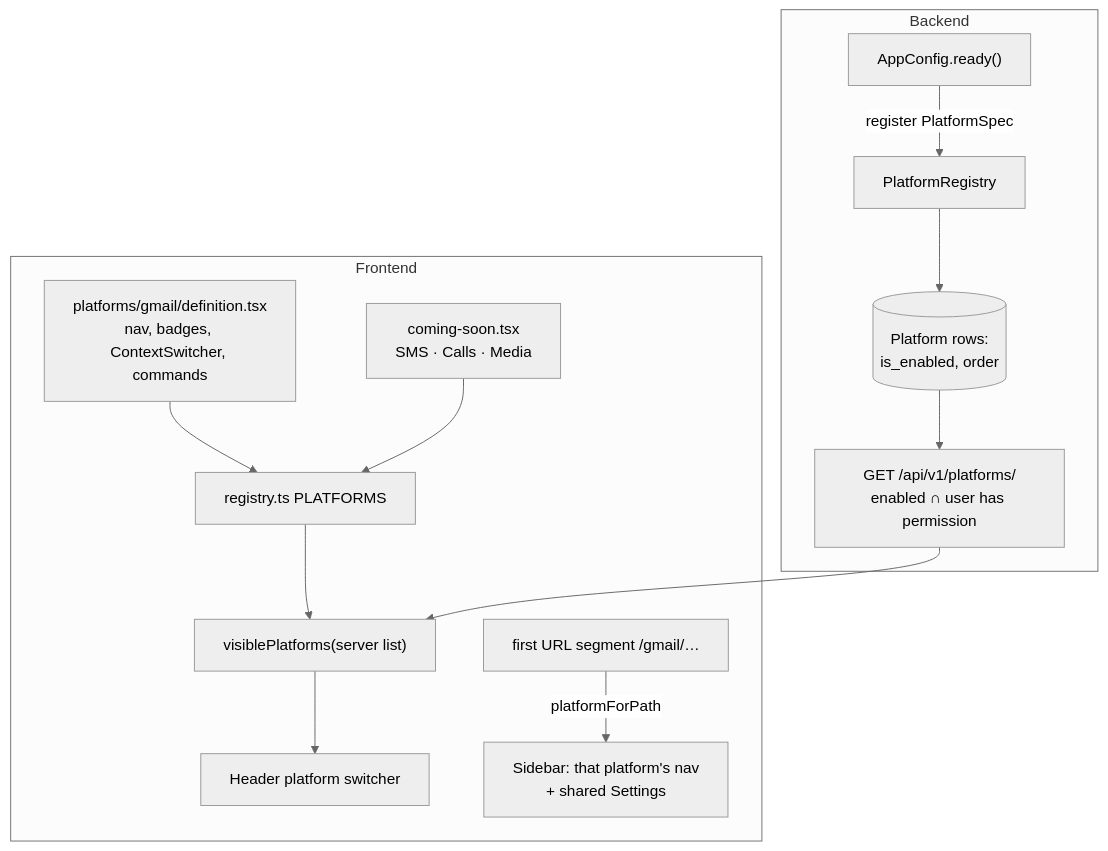
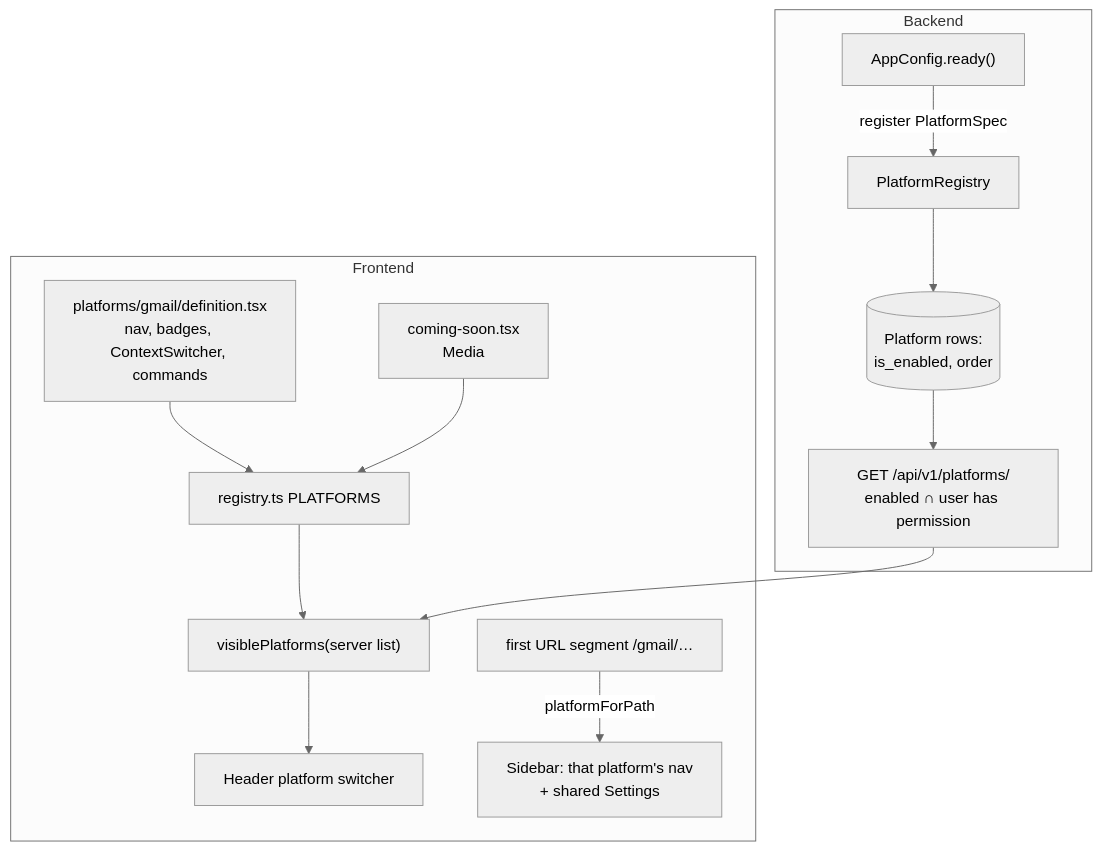
One commit to akilainnocent3/communication-app changed the second of 7 diagrams in docs/architecture.md. Above: the diagram before and after it, drawn with Mermaid (neutral theme). The commit also changed other lines of this file and 8 other files, not shown here.

````diff
--- a/docs/architecture.md
+++ b/docs/architecture.md
@@ -49,16 +51,16 @@
 ```mermaid
 flowchart TB
   subgraph Backend
     AC["AppConfig.ready()"] -->|register PlatformSpec| REG[PlatformRegistry]
     REG --> PM[(Platform rows:<br/>is_enabled, order)]
     PM --> API["GET /api/v1/platforms/<br/>enabled ∩ user has permission"]
   end
   subgraph Frontend
     DEF["platforms/gmail/definition.tsx<br/>nav, badges, ContextSwitcher, commands"] --> PL["registry.ts PLATFORMS"]
-    CS["coming-soon.tsx<br/>SMS · Calls · Media"] --> PL
+    CS["coming-soon.tsx<br/>Media"] --> PL
     PL --> VIS["visiblePlatforms(server list)"]
     API --> VIS
     VIS --> SW[Header platform switcher]
     URL["first URL segment /gmail/…"] -->|platformForPath| SB["Sidebar: that platform's nav<br/>+ shared Settings"]
   end
 ```
````
